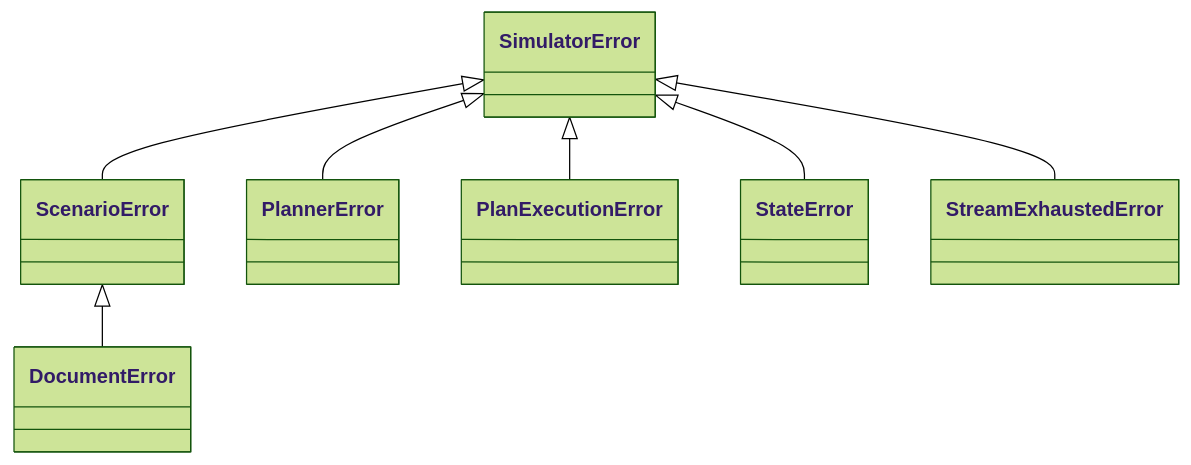
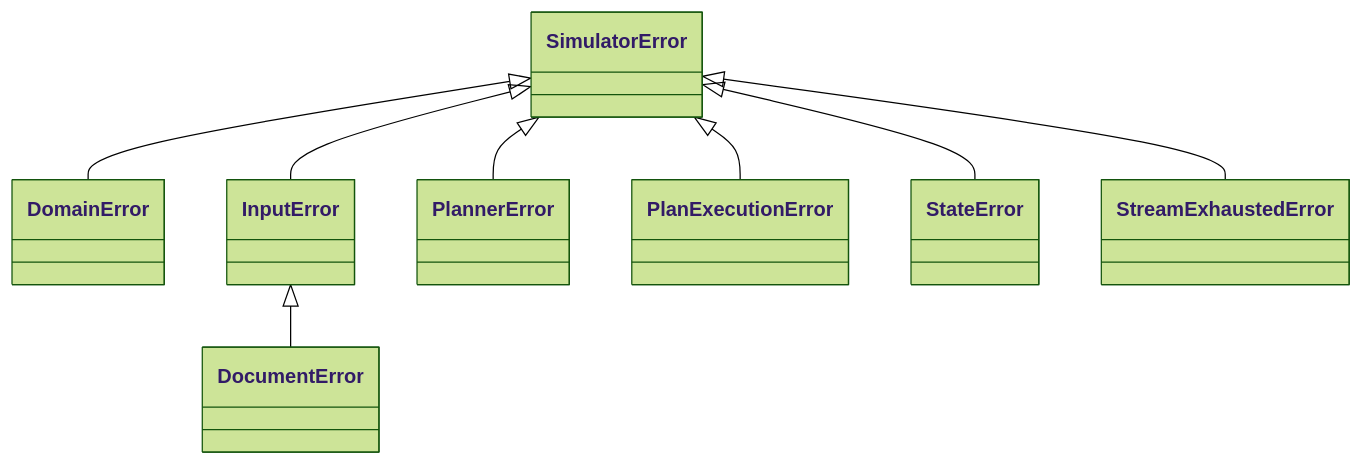
One commit to flavio-simonelli/satedge-simulator changed the diagram in docs/riferimento/errori.md. Above: the diagram before and after it, drawn with Mermaid (forest theme). The commit also changed other lines of this file and 69 other files, not shown here.

````diff
--- a/docs/riferimento/errori.md
+++ b/docs/riferimento/errori.md
@@ -12,16 +12,18 @@
 ```{mermaid}
 classDiagram
     class SimulatorError
-    class ScenarioError
+    class DomainError
+    class InputError
     class DocumentError
     class PlannerError
     class PlanExecutionError
     class StateError
     class StreamExhaustedError
-    SimulatorError <|-- ScenarioError
-    ScenarioError <|-- DocumentError
+    SimulatorError <|-- DomainError
+    SimulatorError <|-- InputError
+    InputError <|-- DocumentError
     SimulatorError <|-- PlannerError
     SimulatorError <|-- PlanExecutionError
     SimulatorError <|-- StateError
     SimulatorError <|-- StreamExhaustedError
 ```
````
